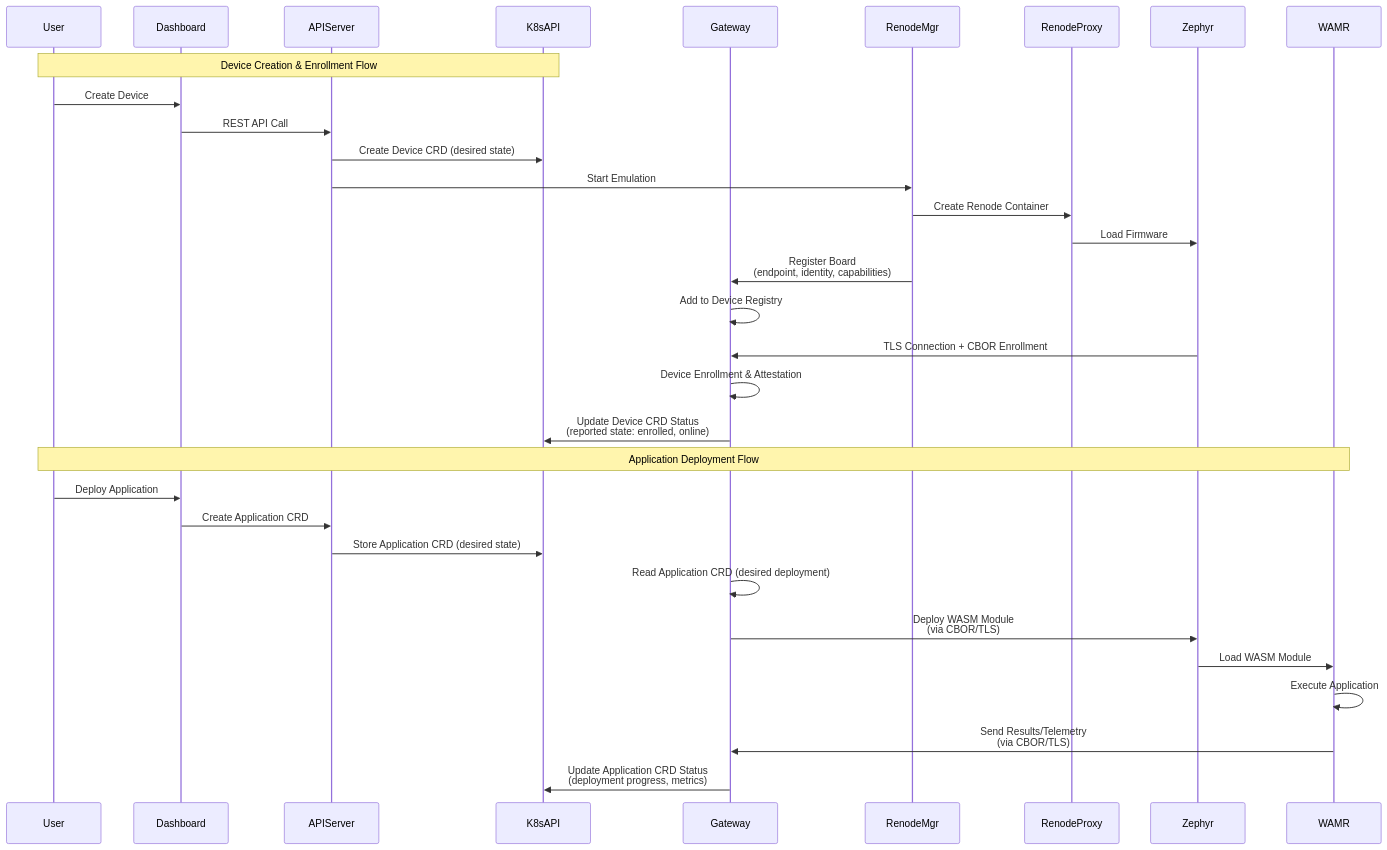
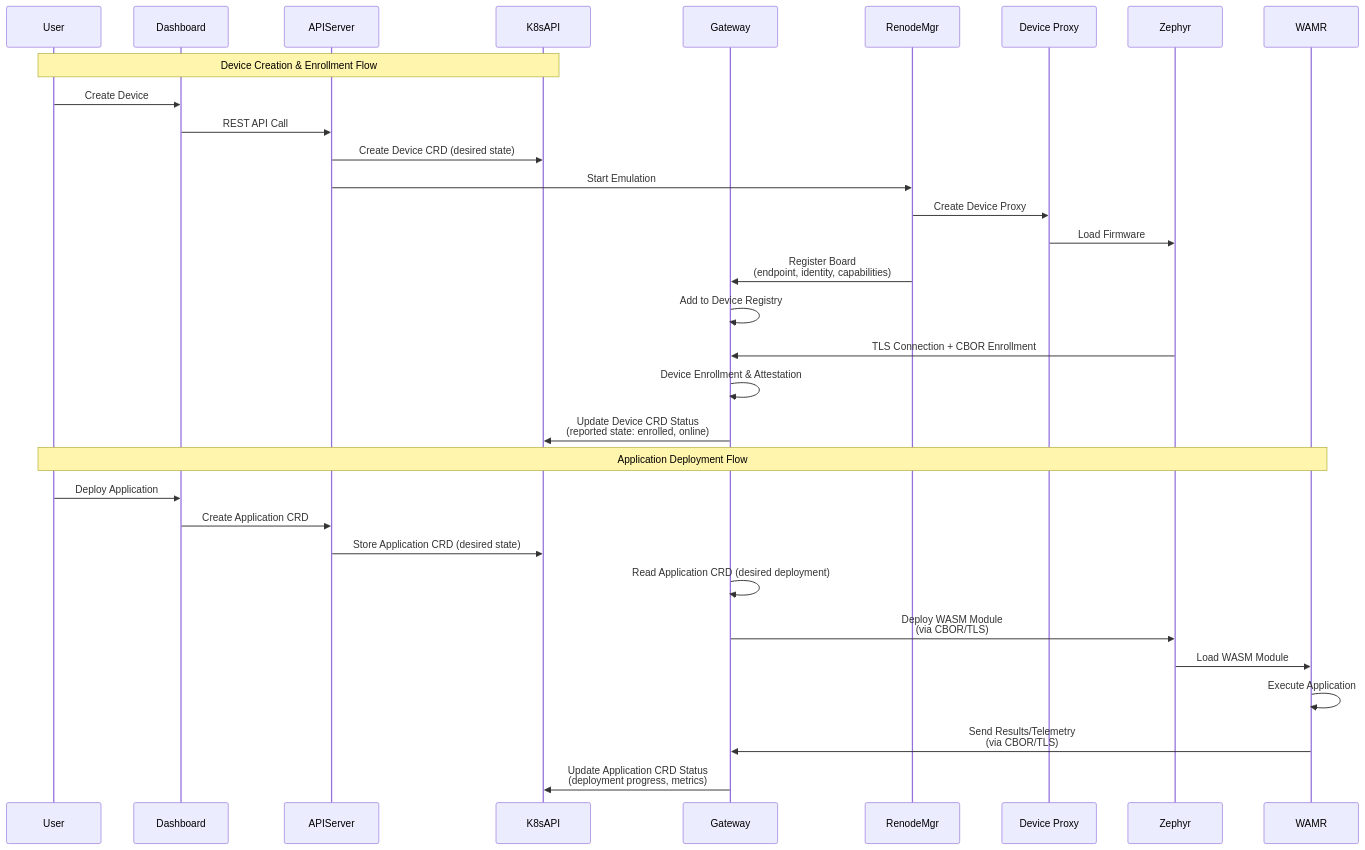
The third of 3 diagrams in README.md (lucadagati/retrospect), drawn with Mermaid before and after one commit. The commit also changed other lines of this file and 39 other files, not shown here.

````diff
--- a/README.md
+++ b/README.md
@@ -178,38 +178,38 @@
 ```mermaid
 sequenceDiagram
     participant User
     participant Dashboard
     participant APIServer
     participant K8sAPI
     participant Gateway
     participant RenodeMgr
-    participant RenodeProxy
+    participant DevProxy as Device Proxy
     participant Zephyr
     participant WAMR
     
     Note over User,K8sAPI: Device Creation & Enrollment Flow
     
     User->>Dashboard: Create Device
     Dashboard->>APIServer: REST API Call
     APIServer->>K8sAPI: Create Device CRD (desired state)
     APIServer->>RenodeMgr: Start Emulation
-    RenodeMgr->>RenodeProxy: Create Renode Container
-    RenodeProxy->>Zephyr: Load Firmware
+    RenodeMgr->>DevProxy: Create Device Proxy
+    DevProxy->>Zephyr: Load Firmware
     RenodeMgr->>Gateway: Register Board<br/>(endpoint, identity, capabilities)
     Gateway->>Gateway: Add to Device Registry
     Zephyr->>Gateway: TLS Connection + CBOR Enrollment
     Gateway->>Gateway: Device Enrollment & Attestation
     Gateway->>K8sAPI: Update Device CRD Status<br/>(reported state: enrolled, online)
     
     Note over User,WAMR: Application Deployment Flow
     
     User->>Dashboard: Deploy Application
     Dashboard->>APIServer: Create Application CRD
     APIServer->>K8sAPI: Store Application CRD (desired state)
     Gateway->>Gateway: Read Application CRD (desired deployment)
     Gateway->>Zephyr: Deploy WASM Module<br/>(via CBOR/TLS)
     Zephyr->>WAMR: Load WASM Module
     WAMR->>WAMR: Execute Application
     WAMR->>Gateway: Send Results/Telemetry<br/>(via CBOR/TLS)
     Gateway->>K8sAPI: Update Application CRD Status<br/>(deployment progress, metrics)
 ```
````
